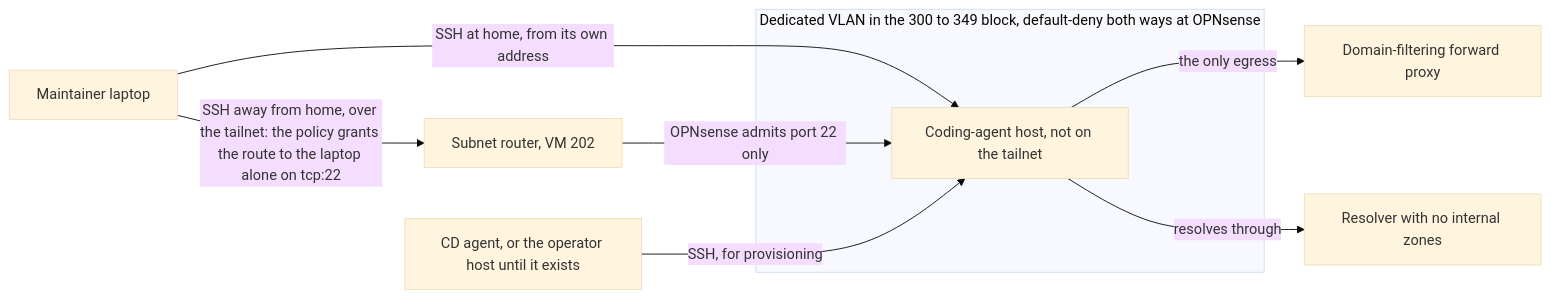
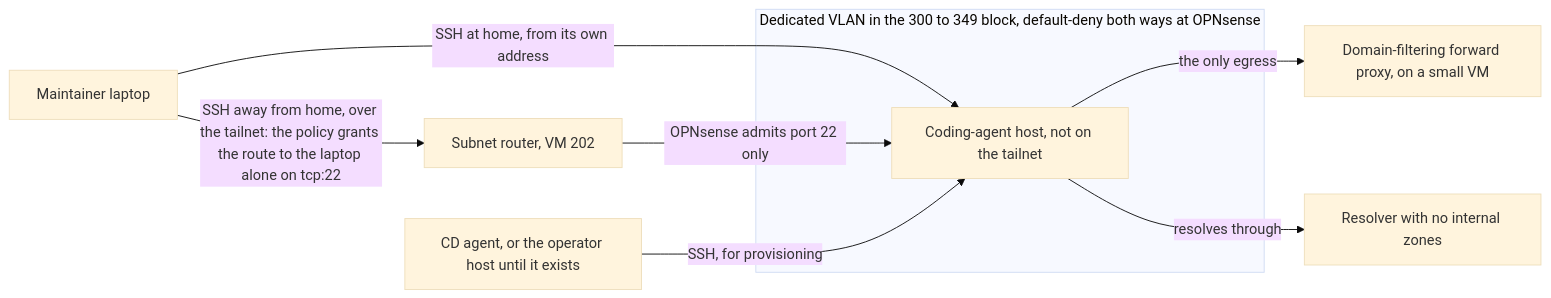
One commit to wenenhoe/homelab changed the diagram in docs/decisions/0053-network-reach-of-the-coding-agent-host/revision-000.md. Above: the diagram before and after it, drawn with Mermaid (base theme). The commit also changed other lines of this file, not shown here.

First line of the commit message:
docs(decisions): record the proxy fit and bridge isolation for the coding-agent network

````diff
--- a/docs/decisions/0053-network-reach-of-the-coding-agent-host/revision-000.md
+++ b/docs/decisions/0053-network-reach-of-the-coding-agent-host/revision-000.md
@@ -36,12 +40,12 @@
 ```mermaid
 flowchart LR
     LAP[Maintainer laptop] -->|"SSH at home, from its own address"| H
     LAP -->|"SSH away from home, over the tailnet: the policy grants the route to the laptop alone on tcp:22"| SR["Subnet router, VM 202"]
     SR -->|"OPNsense admits port 22 only"| H
     CD["CD agent, or the operator host until it exists"] -->|"SSH, for provisioning"| H
     subgraph Z["Dedicated VLAN in the 300 to 349 block, default-deny both ways at OPNsense"]
         H["Coding-agent host, not on the tailnet"]
     end
-    H -->|"the only egress"| PX["Domain-filtering forward proxy"]
+    H -->|"the only egress"| PX["Domain-filtering forward proxy, on a small VM"]
     H -->|"resolves through"| DNS["Resolver with no internal zones"]
 ```
````
